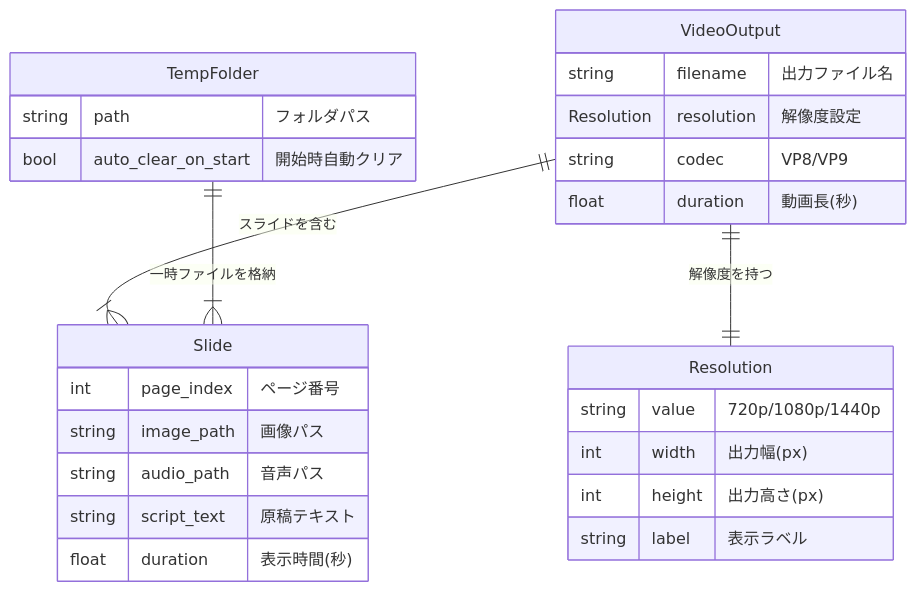
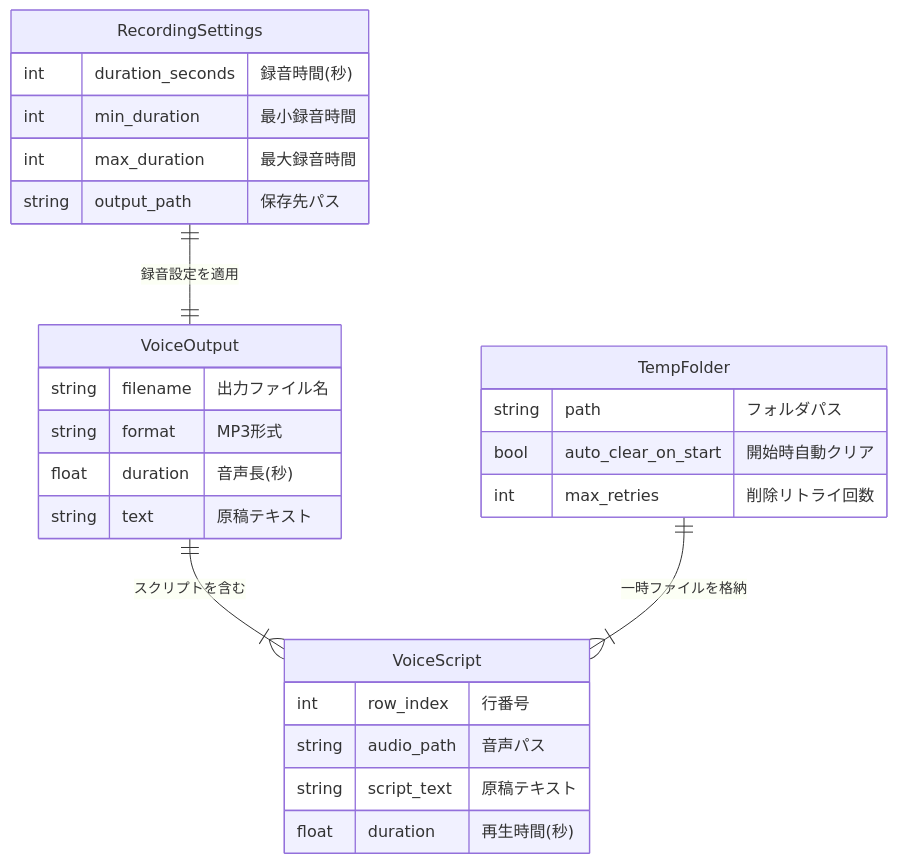
Before and after one commit to J1921604/MyVoice-Maker: the third of 3 diagrams in specs/001-MyVoice-Maker/spec.md, drawn with Mermaid. The commit also changed other lines of this file and 4 other files, not shown here.

````diff
--- a/specs/001-MyVoice-Maker/spec.md
+++ b/specs/001-MyVoice-Maker/spec.md
@@ -157,33 +156,33 @@
 ```mermaid
 erDiagram
-    Resolution {
-        string value "720p/1080p/1440p"
-        int width "出力幅(px)"
-        int height "出力高さ(px)"
-        string label "表示ラベル"
+    RecordingSettings {
+        int duration_seconds "録音時間(秒)"
+        int min_duration "最小録音時間"
+        int max_duration "最大録音時間"
+        string output_path "保存先パス"
     }
 
     TempFolder {
         string path "フォルダパス"
         bool auto_clear_on_start "開始時自動クリア"
+        int max_retries "削除リトライ回数"
     }
 
-    VideoOutput {
+    VoiceOutput {
         string filename "出力ファイル名"
-        Resolution resolution "解像度設定"
-        string codec "VP8/VP9"
-        float duration "動画長(秒)"
+        string format "MP3形式"
+        float duration "音声長(秒)"
+        string text "原稿テキスト"
     }
 
-    Slide {
-        int page_index "ページ番号"
-        string image_path "画像パス"
+    VoiceScript {
+        int row_index "行番号"
         string audio_path "音声パス"
         string script_text "原稿テキスト"
-        float duration "表示時間(秒)"
+        float duration "再生時間(秒)"
     }
 
-    VideoOutput ||--|| Resolution : "解像度を持つ"
-    VideoOutput ||--|{ Slide : "スライドを含む"
-    TempFolder ||--|{ Slide : "一時ファイルを格納"
+    VoiceOutput ||--|{ VoiceScript : "スクリプトを含む"
+    TempFolder ||--|{ VoiceScript : "一時ファイルを格納"
+    RecordingSettings ||--|| VoiceOutput : "録音設定を適用"
 ```
````
